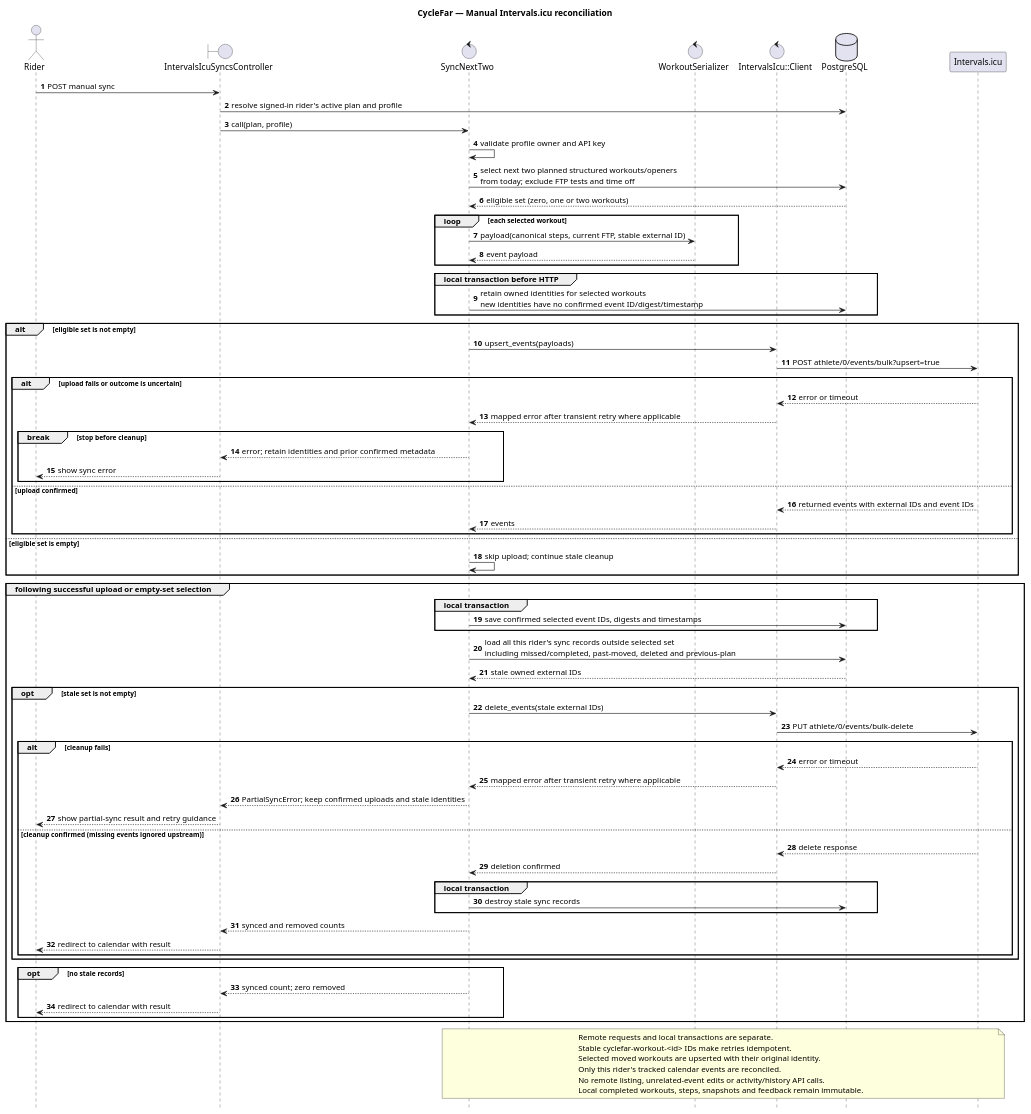
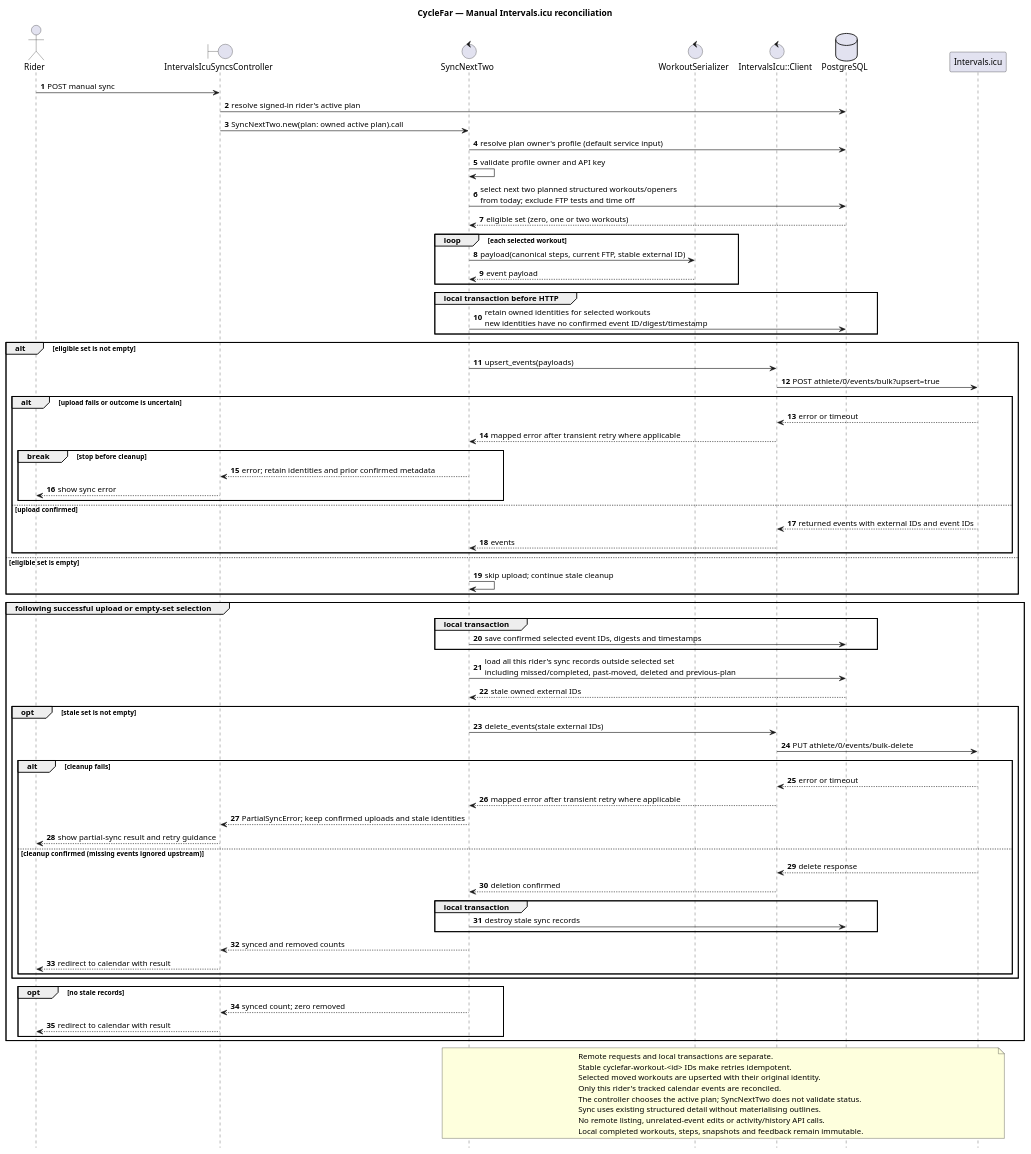
The diagram in docs/diagrams/sequence-cyclefar-intervals-icu-sync.puml (richardhartme/cyclefar), drawn with PlantUML before and after one commit. The commit also changed 20 other files, not shown here.

Commit message:
Updated diagrams

```diff
--- a/docs/diagrams/sequence-cyclefar-intervals-icu-sync.puml
+++ b/docs/diagrams/sequence-cyclefar-intervals-icu-sync.puml
@@ -1,85 +1,88 @@
 @startuml
 title CycleFar — Manual Intervals.icu reconciliation
 
 autonumber
 hide footbox
 
 actor Rider
 boundary "IntervalsIcuSyncsController" as Controller
 control "SyncNextTwo" as Sync
 control "WorkoutSerializer" as Serializer
 control "IntervalsIcu::Client" as Client
 database "PostgreSQL" as Database
 participant "Intervals.icu" as Remote
 
 Rider -> Controller: POST manual sync
-Controller -> Database: resolve signed-in rider's active plan and profile
-Controller -> Sync: call(plan, profile)
+Controller -> Database: resolve signed-in rider's active plan
+Controller -> Sync: SyncNextTwo.new(plan: owned active plan).call
+Sync -> Database: resolve plan owner's profile (default service input)
 Sync -> Sync: validate profile owner and API key
 Sync -> Database: select next two planned structured workouts/openers\nfrom today; exclude FTP tests and time off
 Database --> Sync: eligible set (zero, one or two workouts)
 loop each selected workout
   Sync -> Serializer: payload(canonical steps, current FTP, stable external ID)
   Serializer --> Sync: event payload
 end
 group local transaction before HTTP
   Sync -> Database: retain owned identities for selected workouts\nnew identities have no confirmed event ID/digest/timestamp
 end
 
 alt eligible set is not empty
   Sync -> Client: upsert_events(payloads)
   Client -> Remote: POST athlete/0/events/bulk?upsert=true
   alt upload fails or outcome is uncertain
     Remote --> Client: error or timeout
     Client --> Sync: mapped error after transient retry where applicable
     break stop before cleanup
       Sync --> Controller: error; retain identities and prior confirmed metadata
       Controller --> Rider: show sync error
     end
   else upload confirmed
     Remote --> Client: returned events with external IDs and event IDs
     Client --> Sync: events
   end
 else eligible set is empty
   Sync -> Sync: skip upload; continue stale cleanup
 end
 
 group following successful upload or empty-set selection
   group local transaction
     Sync -> Database: save confirmed selected event IDs, digests and timestamps
   end
   Sync -> Database: load all this rider's sync records outside selected set\nincluding missed/completed, past-moved, deleted and previous-plan
   Database --> Sync: stale owned external IDs
   opt stale set is not empty
     Sync -> Client: delete_events(stale external IDs)
     Client -> Remote: PUT athlete/0/events/bulk-delete
     alt cleanup fails
       Remote --> Client: error or timeout
       Client --> Sync: mapped error after transient retry where applicable
       Sync --> Controller: PartialSyncError; keep confirmed uploads and stale identities
       Controller --> Rider: show partial-sync result and retry guidance
     else cleanup confirmed (missing events ignored upstream)
       Remote --> Client: delete response
       Client --> Sync: deletion confirmed
       group local transaction
         Sync -> Database: destroy stale sync records
       end
       Sync --> Controller: synced and removed counts
       Controller --> Rider: redirect to calendar with result
     end
   end
   opt no stale records
     Sync --> Controller: synced count; zero removed
     Controller --> Rider: redirect to calendar with result
   end
 end
 
 note over Sync, Remote
   Remote requests and local transactions are separate.
   Stable cyclefar-workout-<id> IDs make retries idempotent.
   Selected moved workouts are upserted with their original identity.
   Only this rider's tracked calendar events are reconciled.
+  The controller chooses the active plan; SyncNextTwo does not validate status.
+  Sync uses existing structured detail without materialising outlines.
   No remote listing, unrelated-event edits or activity/history API calls.
   Local completed workouts, steps, snapshots and feedback remain immutable.
 end note
 @enduml
```
